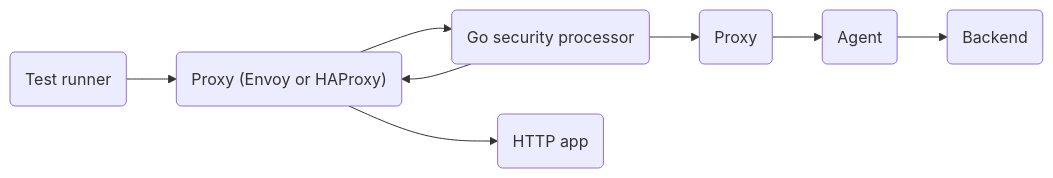
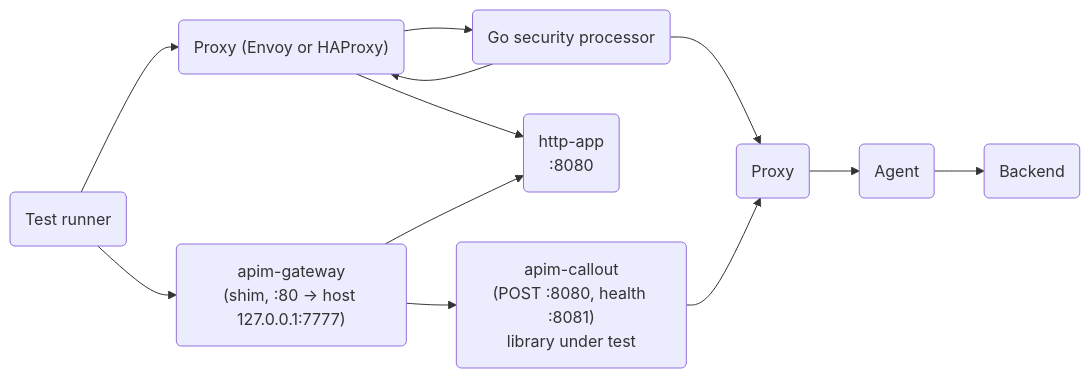
Before and after one commit to DataDog/system-tests: the diagram in docs/understand/scenarios/README.md, drawn with Mermaid. The commit also changed other lines of this file and 12 other files, not shown here.

First line of the commit message:
[golang] Add apim weblog variant for azure/apim-callout

````diff
--- a/docs/understand/scenarios/README.md
+++ b/docs/understand/scenarios/README.md
@@ -75,17 +75,23 @@
 ```mermaid
 flowchart LR
 %% Nodes
     A("Test runner")
     B("Proxy (Envoy or HAProxy)")
     C("Go security processor")
-    D("HTTP app")
-    E("Proxy")
-    F("Agent")
-    G("Backend")
+    D("http-app<br/>:8080")
+    E("apim-gateway<br/>(shim, :80 -> host 127.0.0.1:7777)")
+    F("apim-callout<br/>(POST :8080, health :8081)<br/>library under test")
+    G("Proxy")
+    H("Agent")
+    I("Backend")
 
 %% Edge connections between nodes
     A --> B --> D
     B --> C --> B
-    C --> E --> F --> G
+    A --> E
+    E --> D
+    E --> F
+    C --> G
+    F --> G --> H --> I
     %% D -- Mermaid js --> I --> J
 ```
````
